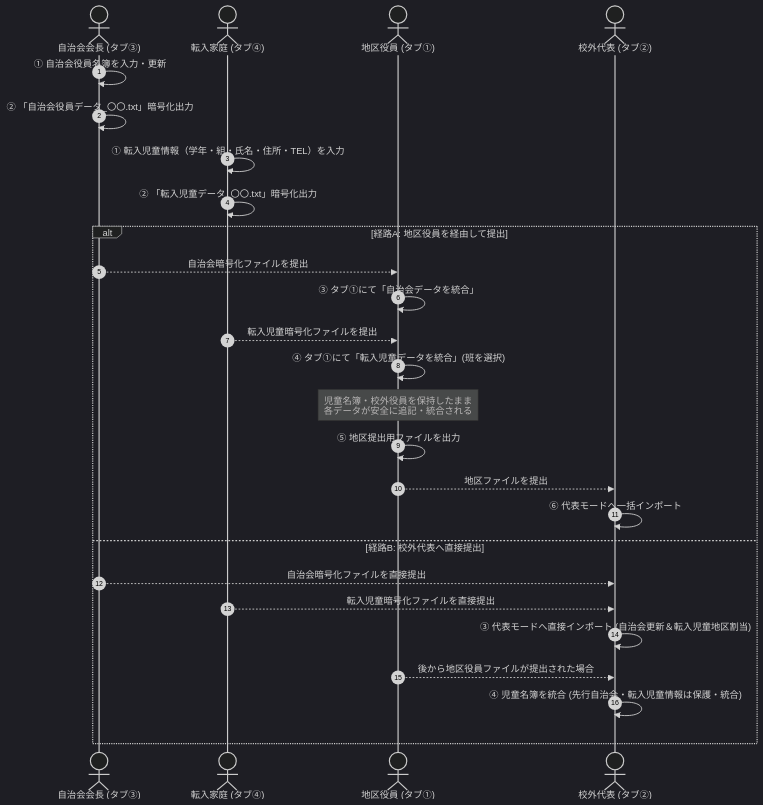
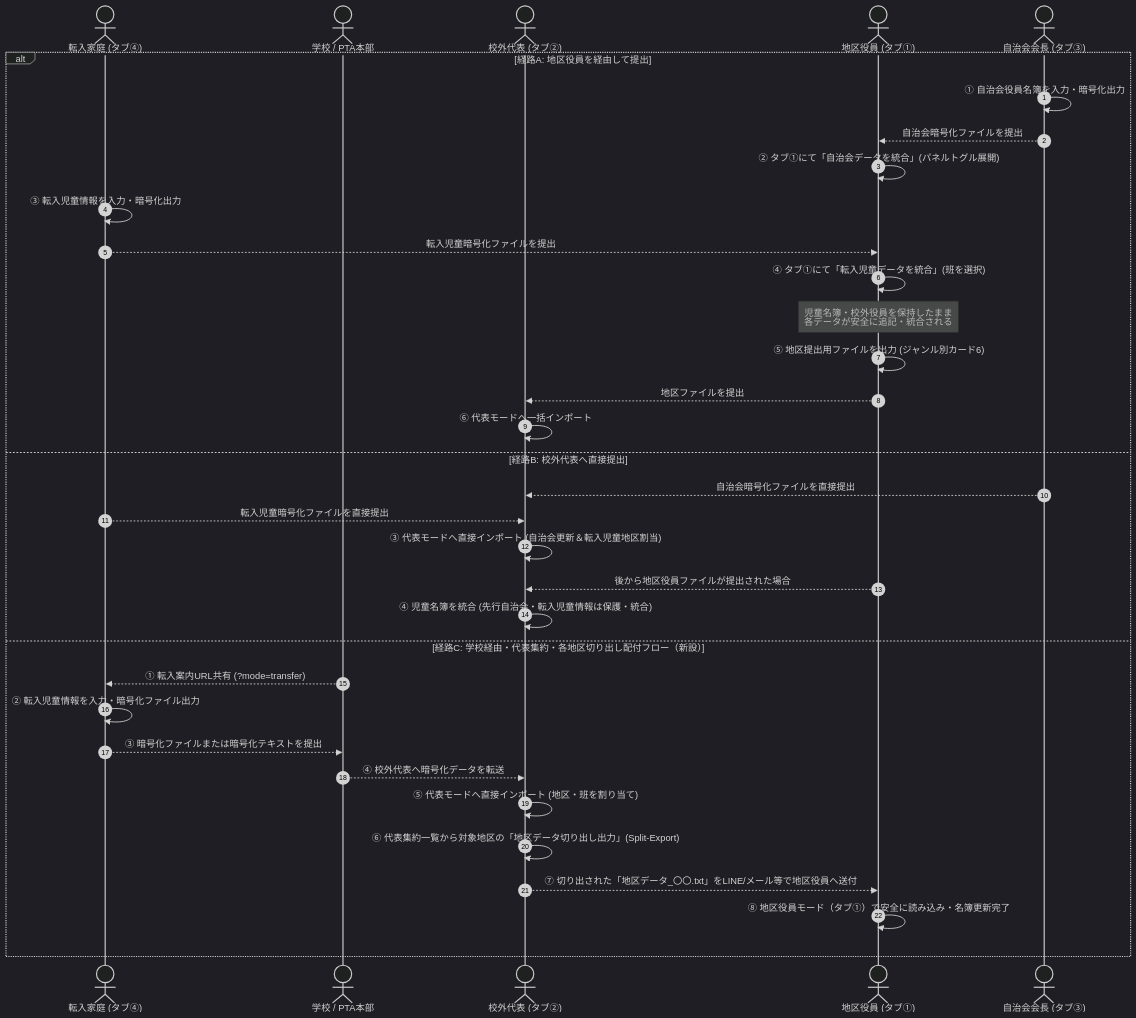
One commit to tekuteku-life/kogaidocs changed the third of 4 diagrams in docs/system_design.md. Above: the diagram before and after it, drawn with Mermaid (dark theme). The commit also changed other lines of this file and 19 other files, not shown here.

First line of the commit message:
feat: UI refinements, URL parameter navigation, and representative district split export (v2.5.0)

````diff
--- a/docs/system_design.md
+++ b/docs/system_design.md
@@ -304,31 +308,37 @@
 ```mermaid
 sequenceDiagram
 	autonumber
+	actor Transfer as 転入家庭 (タブ④)
+	actor School as 学校 / PTA本部
+	actor Rep as 校外代表 (タブ②)
+	actor Officer as 地区役員 (タブ①)
 	actor Choka as 自治会会長 (タブ③)
-	actor Transfer as 転入家庭 (タブ④)
-	actor Officer as 地区役員 (タブ①)
-	actor Rep as 校外代表 (タブ②)
-
-	Choka->>Choka: ① 自治会役員名簿を入力・更新
-	Choka->>Choka: ② 「自治会役員データ_〇〇.txt」暗号化出力
-
-	Transfer->>Transfer: ① 転入児童情報（学年・組・氏名・住所・TEL）を入力
-	Transfer->>Transfer: ② 「転入児童データ_〇〇.txt」暗号化出力
 
 	alt 経路A: 地区役員を経由して提出
+		Choka->>Choka: ① 自治会役員名簿を入力・暗号化出力
 		Choka-->>Officer: 自治会暗号化ファイルを提出
-		Officer->>Officer: ③ タブ①にて「自治会データを統合」
+		Officer->>Officer: ② タブ①にて「自治会データを統合」(パネルトグル展開)
+		Transfer->>Transfer: ③ 転入児童情報を入力・暗号化出力
 		Transfer-->>Officer: 転入児童暗号化ファイルを提出
 		Officer->>Officer: ④ タブ①にて「転入児童データを統合」(班を選択)
 		Note over Officer: 児童名簿・校外役員を保持したまま<br/>各データが安全に追記・統合される
-		Officer->>Officer: ⑤ 地区提出用ファイルを出力
+		Officer->>Officer: ⑤ 地区提出用ファイルを出力 (ジャンル別カード6)
 		Officer-->>Rep: 地区ファイルを提出
 		Rep->>Rep: ⑥ 代表モードへ一括インポート
 	else 経路B: 校外代表へ直接提出
 		Choka-->>Rep: 自治会暗号化ファイルを直接提出
 		Transfer-->>Rep: 転入児童暗号化ファイルを直接提出
 		Rep->>Rep: ③ 代表モードへ直接インポート (自治会更新＆転入児童地区割当)
 		Officer-->>Rep: 後から地区役員ファイルが提出された場合
 		Rep->>Rep: ④ 児童名簿を統合 (先行自治会・転入児童情報は保護・統合)
+	else 経路C: 学校経由・代表集約・各地区切り出し配付フロー（新設）
+		School-->>Transfer: ① 転入案内URL共有 (?mode=transfer)
+		Transfer->>Transfer: ② 転入児童情報を入力・暗号化ファイル出力
+		Transfer-->>School: ③ 暗号化ファイルまたは暗号化テキストを提出
+		School-->>Rep: ④ 校外代表へ暗号化データを転送
+		Rep->>Rep: ⑤ 代表モードへ直接インポート (地区・班を割り当て)
+		Rep->>Rep: ⑥ 代表集約一覧から対象地区の「地区データ切り出し出力」(Split-Export)
+		Rep-->>Officer: ⑦ 切り出された「地区データ_〇〇.txt」をLINE/メール等で地区役員へ送付
+		Officer->>Officer: ⑧ 地区役員モード（タブ①）で安全に読み込み・名簿更新完了
 	end
 ```
````
